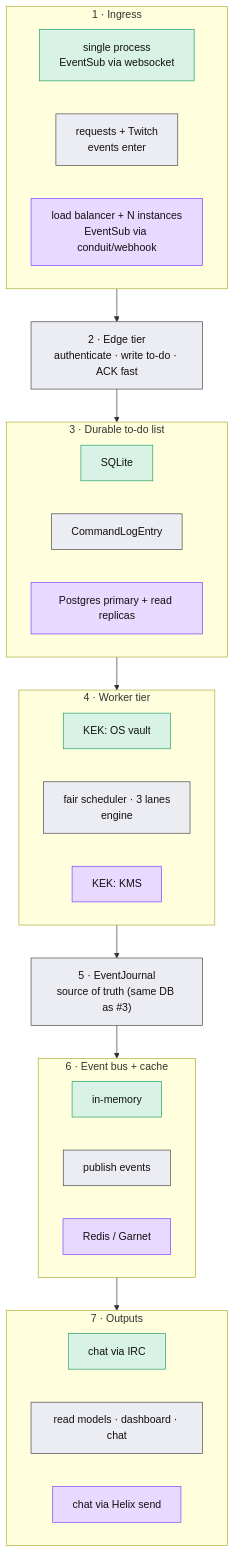
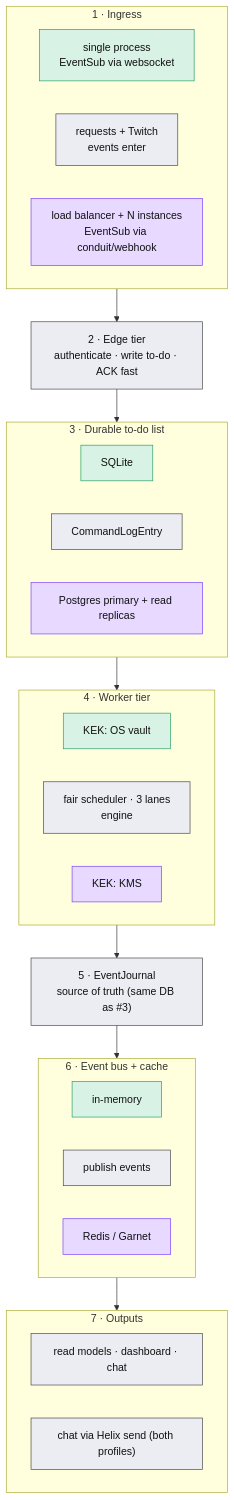
The third of 4 diagrams in .claude/docs/design/2026-06-17-saas-architecture-flow.md (NoMercyLabs/nomnomzbot), drawn with Mermaid before and after one commit. The commit also changed other lines of this file and 119 other files, not shown here.

````diff
--- a/.claude/docs/design/2026-06-17-saas-architecture-flow.md
+++ b/.claude/docs/design/2026-06-17-saas-architecture-flow.md
@@ -116,47 +116,46 @@
 ```mermaid
 flowchart TB
   subgraph B1["1 · Ingress"]
     direction LR
     A_SH["single process<br/>EventSub via websocket"]:::sh
     A["requests + Twitch<br/>events enter"]:::core
     A_SA["load balancer + N instances<br/>EventSub via conduit/webhook"]:::sa
   end
 
   B["2 · Edge tier<br/>authenticate · write to-do · ACK fast"]:::core
 
   subgraph B3["3 · Durable to-do list"]
     direction LR
     C_SH["SQLite"]:::sh
     C["CommandLogEntry"]:::core
     C_SA["Postgres primary + read replicas"]:::sa
   end
 
   subgraph B4["4 · Worker tier"]
     direction LR
     D_SH["KEK: OS vault"]:::sh
     D["fair scheduler · 3 lanes<br/>engine"]:::core
     D_SA["KEK: KMS"]:::sa
   end
 
   E["5 · EventJournal<br/>source of truth (same DB as #3)"]:::core
 
   subgraph B6["6 · Event bus + cache"]
     direction LR
     F_SH["in-memory"]:::sh
     F["publish events"]:::core
     F_SA["Redis / Garnet"]:::sa
   end
 
   subgraph B7["7 · Outputs"]
     direction LR
-    G_SH["chat via IRC"]:::sh
     G["read models · dashboard · chat"]:::core
-    G_SA["chat via Helix send"]:::sa
+    G_ALL["chat via Helix send (both profiles)"]:::core
   end
 
   A --> B --> C --> D --> E --> F --> G
 
   classDef core fill:#ececf3,stroke:#444,color:#111;
   classDef sa fill:#e7d9ff,stroke:#7a3cff,color:#111;
   classDef sh fill:#d9f2e6,stroke:#1f9d63,color:#111;
 ```
````
